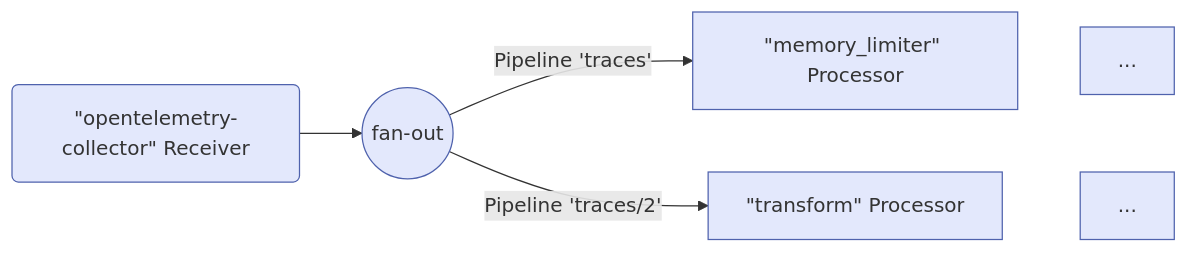
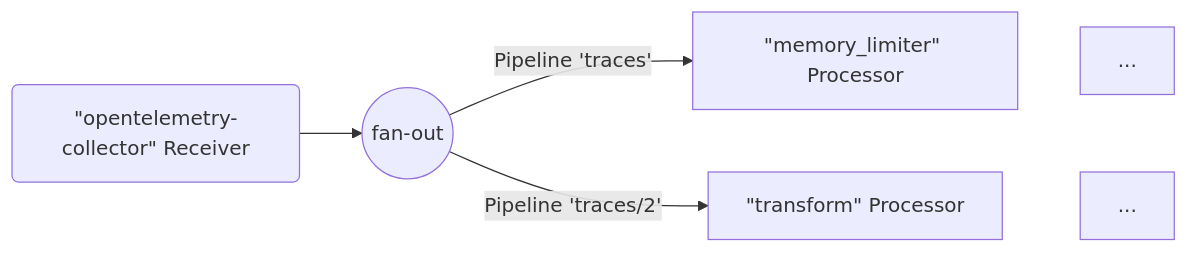
The second of 7 diagrams in content/en/docs/collector/architecture.md (open-telemetry/opentelemetry.io), drawn with Mermaid before and after one commit. The commit also changed other lines of this file, not shown here.

Commit message:
Make collector mermaid diagrams darkmode compatible

````diff
--- a/content/en/docs/collector/architecture.md
+++ b/content/en/docs/collector/architecture.md
@@ -124,10 +121,8 @@
 ```mermaid
 flowchart LR
-    R1("`#quot;opentelemetry-collector#quot; Receiver`") --> FO((fan-out))
-    FO -->|Pipeline 'traces'| P1["`#quot;memory_limiter#quot; Processor`"]
-    FO -->|Pipeline 'traces/2'| P2["`#quot;transform#quot; Processor`"]
-    P1 ~~~ M1[...]
-    P2 ~~~ M2[...]
-
-    classDef default fill:#e3e8fc,stroke:#4f62ad;
+  R1("`#quot;opentelemetry-collector#quot; Receiver`") --> FO((fan-out))
+  FO -->|Pipeline 'traces'| P1["`#quot;memory_limiter#quot; Processor`"]
+  FO -->|Pipeline 'traces/2'| P2["`#quot;transform#quot; Processor`"]
+  P1 ~~~ M1[...]
+  P2 ~~~ M2[...]
 ```
````
